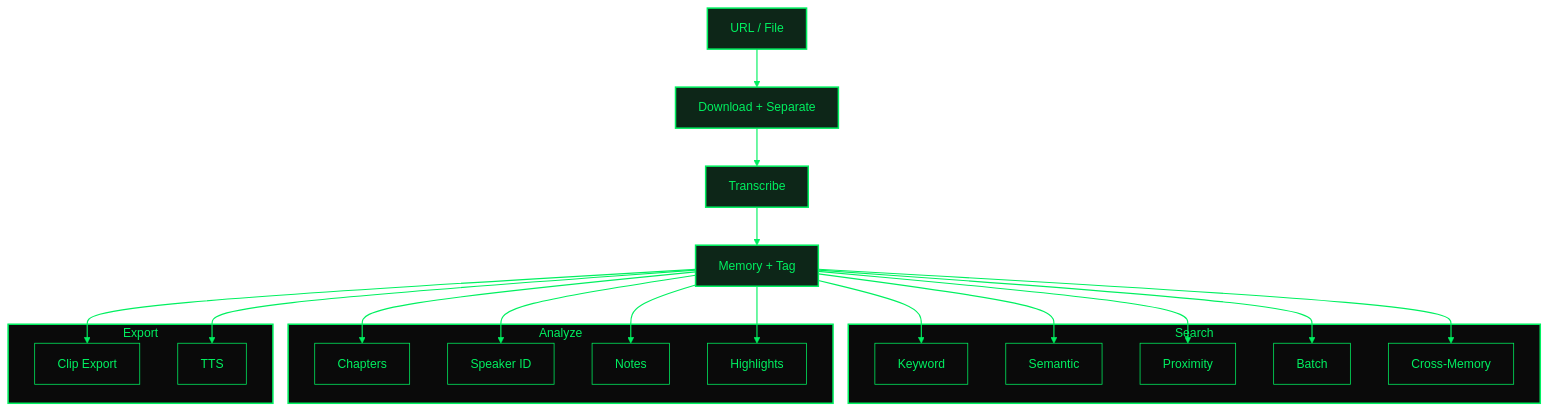
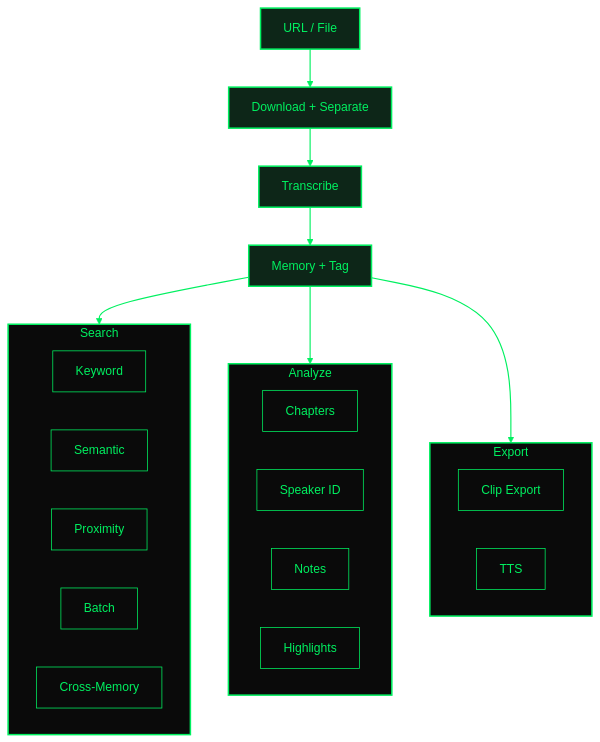
Before and after one commit to AugentDevs/augent: the diagram in README.md, drawn with Mermaid.

Commit message:
fix diagram: route arrows to subgraphs not through labels

````diff
--- a/README.md
+++ b/README.md
@@ -95,53 +95,56 @@
 ```mermaid
 graph TB
     A["URL / File"] --> B["Download + Separate"]
     B --> C["Transcribe"]
     C --> D["Memory + Tag"]
 
-    D --> E1 & E2 & E3 & E4 & E5
-    D --> F1 & F2 & F3 & F4
-    D --> G1 & G2
+    D --> Search
+    D --> Analyze
+    D --> Export
 
     subgraph Search
+        direction LR
         E1["Keyword"]
         E2["Semantic"]
         E3["Proximity"]
         E4["Batch"]
         E5["Cross-Memory"]
     end
 
     subgraph Analyze
+        direction LR
         F1["Chapters"]
         F2["Speaker ID"]
         F3["Notes"]
         F4["Highlights"]
     end
 
     subgraph Export
+        direction LR
         G1["Clip Export"]
         G2["TTS"]
     end
 
     style A fill:#0d2618,stroke:#00f060,color:#00f060,stroke-width:2px
     style B fill:#0d2618,stroke:#00f060,color:#00f060,stroke-width:2px
     style C fill:#0d2618,stroke:#00f060,color:#00f060,stroke-width:2px
     style D fill:#0d2618,stroke:#00f060,color:#00f060,stroke-width:2px
 
     style E1 fill:#0a0a0a,stroke:#00f060,color:#00f060
     style E2 fill:#0a0a0a,stroke:#00f060,color:#00f060
     style E3 fill:#0a0a0a,stroke:#00f060,color:#00f060
     style E4 fill:#0a0a0a,stroke:#00f060,color:#00f060
     style E5 fill:#0a0a0a,stroke:#00f060,color:#00f060
     style F1 fill:#0a0a0a,stroke:#00f060,color:#00f060
     style F2 fill:#0a0a0a,stroke:#00f060,color:#00f060
     style F3 fill:#0a0a0a,stroke:#00f060,color:#00f060
     style F4 fill:#0a0a0a,stroke:#00f060,color:#00f060
     style G1 fill:#0a0a0a,stroke:#00f060,color:#00f060
     style G2 fill:#0a0a0a,stroke:#00f060,color:#00f060
 
     style Search fill:#0a0a0a,stroke:#00f060,color:#00f060,stroke-width:2px
     style Analyze fill:#0a0a0a,stroke:#00f060,color:#00f060,stroke-width:2px
     style Export fill:#0a0a0a,stroke:#00f060,color:#00f060,stroke-width:2px
 
     linkStyle default stroke:#00f060,stroke-width:1.5px
 ```
````
